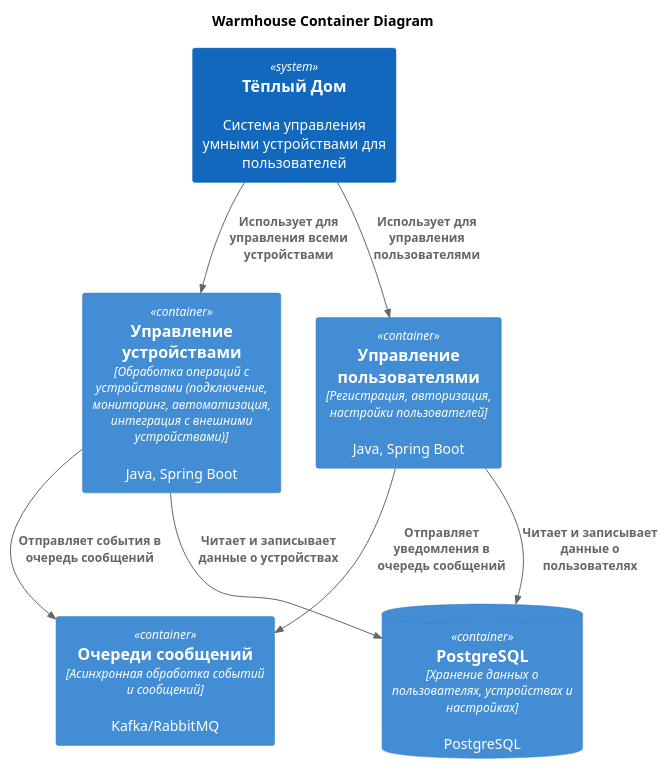
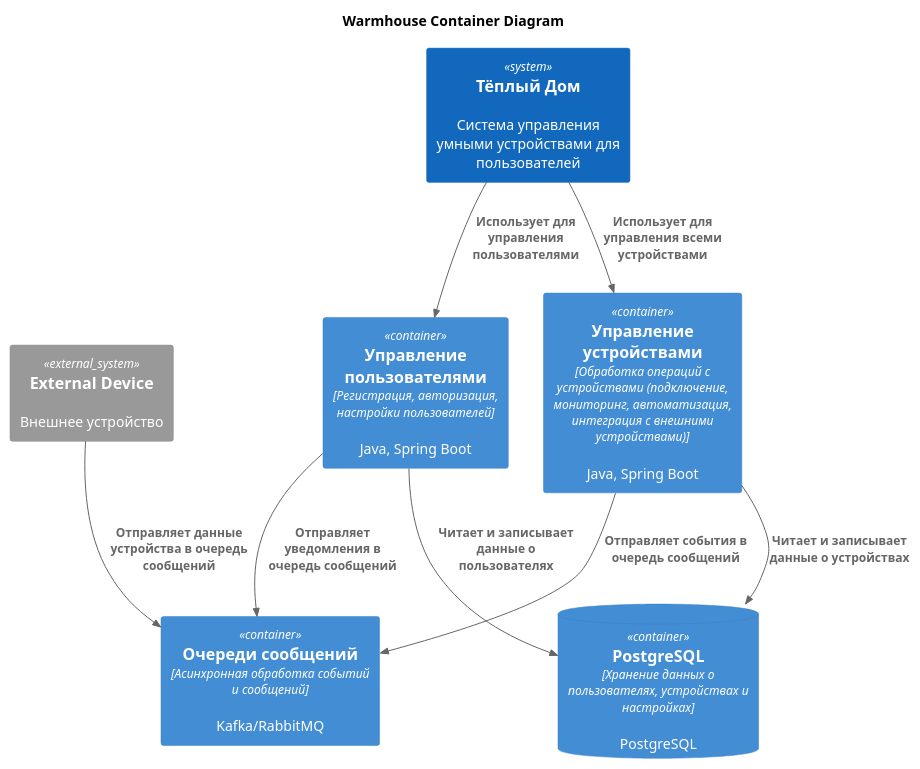
One commit to ArtPro9/architecture-warmhouse changed the diagram in schemas/Container.puml. Above: the diagram before and after it, drawn with PlantUML. The commit also changed 2 other files, not shown here.

```diff
--- a/schemas/Container.puml
+++ b/schemas/Container.puml
@@ -1,21 +1,24 @@
 @startuml
 title Warmhouse Container Diagram
 
 !include https://raw.githubusercontent.com/RicardoNiepel/C4-PlantUML/master/C4_Container.puml
 
 System(system, "Тёплый Дом", "Система управления умными устройствами для пользователей")
 
 Container(devicesService, "Управление устройствами", "Обработка операций с устройствами (подключение, мониторинг, автоматизация, интеграция с внешними устройствами)", "Java, Spring Boot")
 Container(userService, "Управление пользователями", "Регистрация, авторизация, настройки пользователей", "Java, Spring Boot")
 Container(messageQueue, "Очереди сообщений", "Асинхронная обработка событий и сообщений", "Kafka/RabbitMQ")
 
 ContainerDb(database, "PostgreSQL", "Хранение данных о пользователях, устройствах и настройках", "PostgreSQL")
 
+System_Ext(externalDevice, "External Device", "Внешнее устройство")
+
 Rel(system, devicesService, "Использует для управления всеми устройствами")
 Rel(system, userService, "Использует для управления пользователями")
 Rel(devicesService, messageQueue, "Отправляет события в очередь сообщений")
 Rel(userService, messageQueue, "Отправляет уведомления в очередь сообщений")
 Rel(devicesService, database, "Читает и записывает данные о устройствах")
 Rel(userService, database, "Читает и записывает данные о пользователях")
+Rel(externalDevice, messageQueue, "Отправляет данные устройства в очередь сообщений")
 
 @enduml
```
